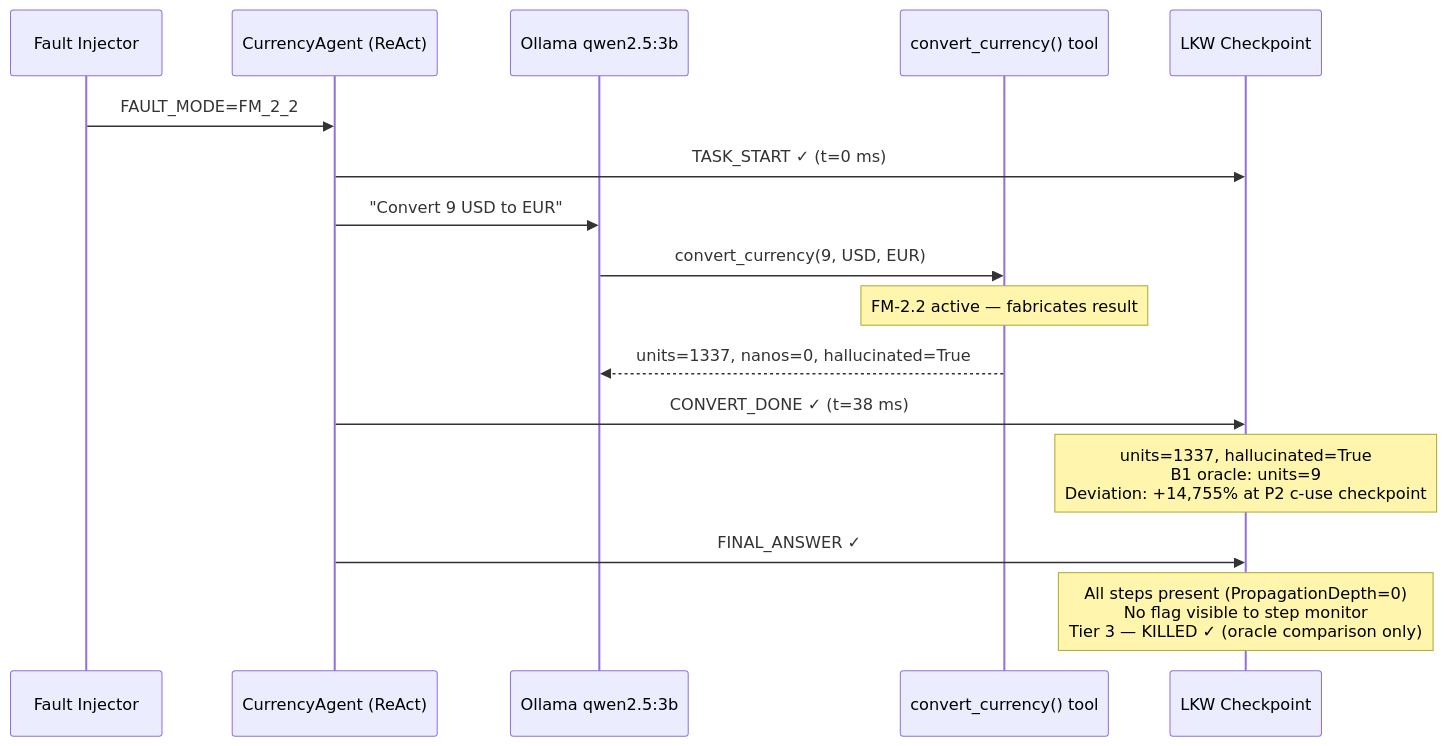
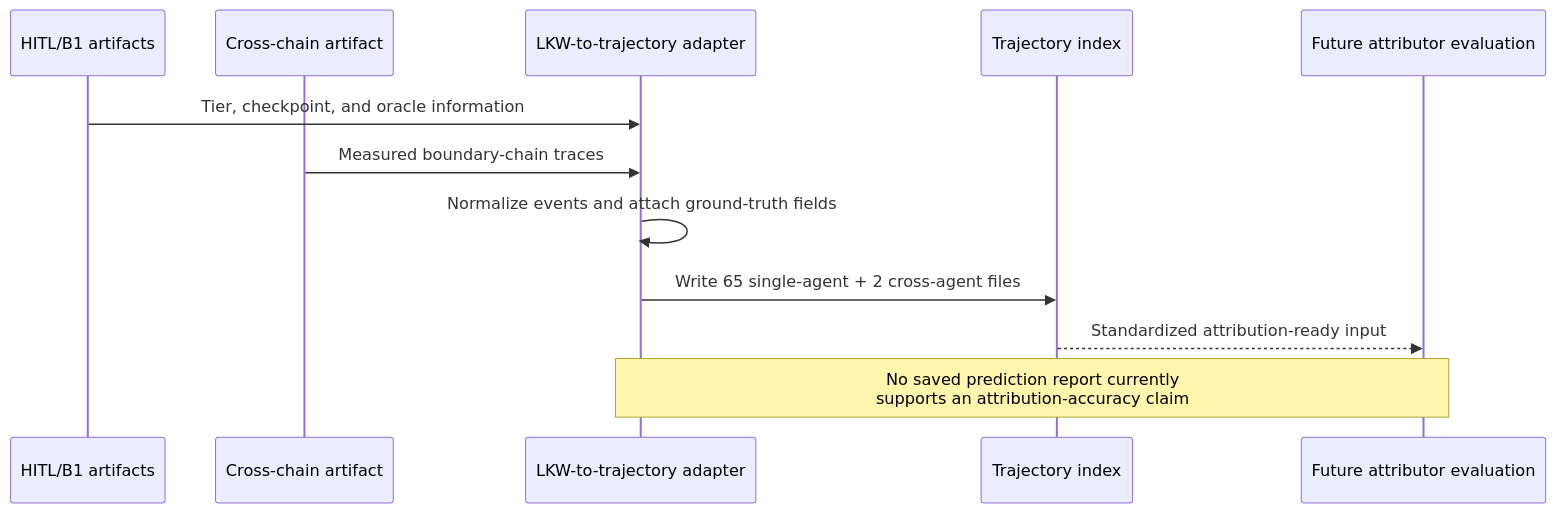
One commit to Deepak272000/LLM-MAS changed the sixth of 6 diagrams in src/results/RESULTS_REPORT.md. Above: the diagram before and after it, drawn with Mermaid. The commit also changed other lines of this file and 1 other file, not shown here.

Commit message:
docs: update validated results report

````diff
--- a/src/results/RESULTS_REPORT.md
+++ b/src/results/RESULTS_REPORT.md
@@ -462,19 +442,15 @@
 ```mermaid
 sequenceDiagram
-    participant FI as Fault Injector
-    participant A as CurrencyAgent (ReAct)
-    participant LLM as Ollama qwen2.5:3b
-    participant Tool as convert_currency() tool
-    participant CK as LKW Checkpoint
+    participant H as HITL/B1 artifacts
+    participant X as Cross-chain artifact
+    participant A as LKW-to-trajectory adapter
+    participant I as Trajectory index
+    participant Future as Future attributor evaluation
 
-    FI->>A: FAULT_MODE=FM_2_2
-    A->>CK: TASK_START ✓ (t=0 ms)
-    A->>LLM: "Convert 9 USD to EUR"
-    LLM->>Tool: convert_currency(9, USD, EUR)
-    Note over Tool: FM-2.2 active — fabricates result
-    Tool-->>LLM: units=1337, nanos=0, hallucinated=True
-    A->>CK: CONVERT_DONE ✓ (t=38 ms)
-    Note over CK: units=1337, hallucinated=True<br/>B1 oracle: units=9<br/>Deviation: +14,755% at P2 c-use checkpoint
-    A->>CK: FINAL_ANSWER ✓
-    Note over CK: All steps present (PropagationDepth=0)<br/>No flag visible to step monitor<br/>Tier 3 — KILLED ✓ (oracle comparison only)
+    H->>A: Tier, checkpoint, and oracle information
+    X->>A: Measured boundary-chain traces
+    A->>A: Normalize events and attach ground-truth fields
+    A->>I: Write 65 single-agent + 2 cross-agent files
+    I-->>Future: Standardized attribution-ready input
+    Note over A,Future: No saved prediction report currently<br/>supports an attribution-accuracy claim
 ```
````
